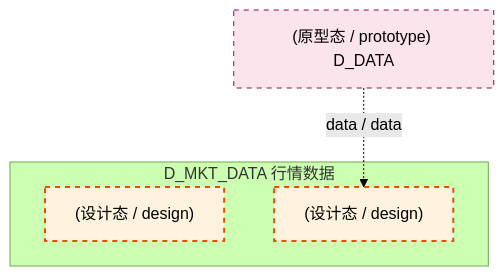
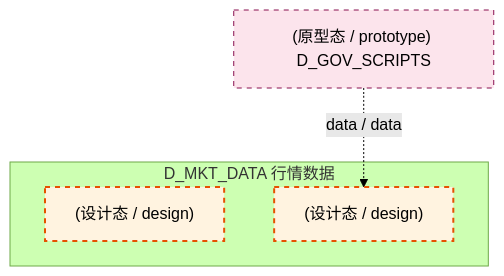
Before and after one commit to xuanFelixVan/ZephyrAlpha: the second of 4 diagrams in docs/02_enterprise_architecture/02_domain_architecture_docs/20_d_mkt_data.md, drawn with Mermaid (forest theme). The commit also changed other lines of this file and 116 other files, not shown here.

````diff
--- a/docs/02_enterprise_architecture/02_domain_architecture_docs/20_d_mkt_data.md
+++ b/docs/02_enterprise_architecture/02_domain_architecture_docs/20_d_mkt_data.md
@@ -107,15 +107,15 @@
 ```mermaid
 graph TD
     subgraph D_MKT_DATA["D_MKT_DATA 行情数据"]
         docs_03_modules_cross_layer_database_sub_blueprints_c1_market_clickhouse_md["(设计态 / design) "]
         docs_03_modules_domain_data_data_source_operation_manual_md["(设计态 / design) "]
     end
-    D_DATA["(原型态 / prototype) D_DATA"]
-    D_DATA -.->|data / data| docs_03_modules_domain_data_data_source_operation_manual_md
+    D_GOV_SCRIPTS["(原型态 / prototype) D_GOV_SCRIPTS"]
+    D_GOV_SCRIPTS -.->|data / data| docs_03_modules_domain_data_data_source_operation_manual_md
     classDef production fill:#e1f5fe,stroke:#01579b,stroke-width:2px,color:#000
     classDef design fill:#fff3e0,stroke:#e65100,stroke-width:2px,color:#000,stroke-dasharray: 5 5
     classDef external_prod fill:#e8f5e9,stroke:#1b5e20,stroke-width:1px,color:#000
     classDef external_design fill:#fce4ec,stroke:#880e4f,stroke-width:1px,color:#000,stroke-dasharray: 5 5
     class docs_03_modules_cross_layer_database_sub_blueprints_c1_market_clickhouse_md,docs_03_modules_domain_data_data_source_operation_manual_md design
-    class D_DATA external_design
+    class D_GOV_SCRIPTS external_design
 ```
````
